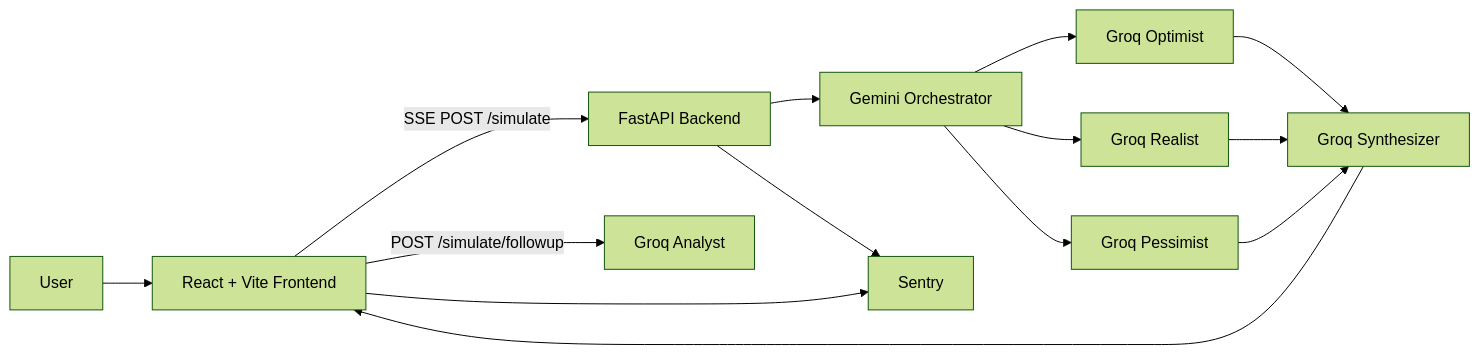
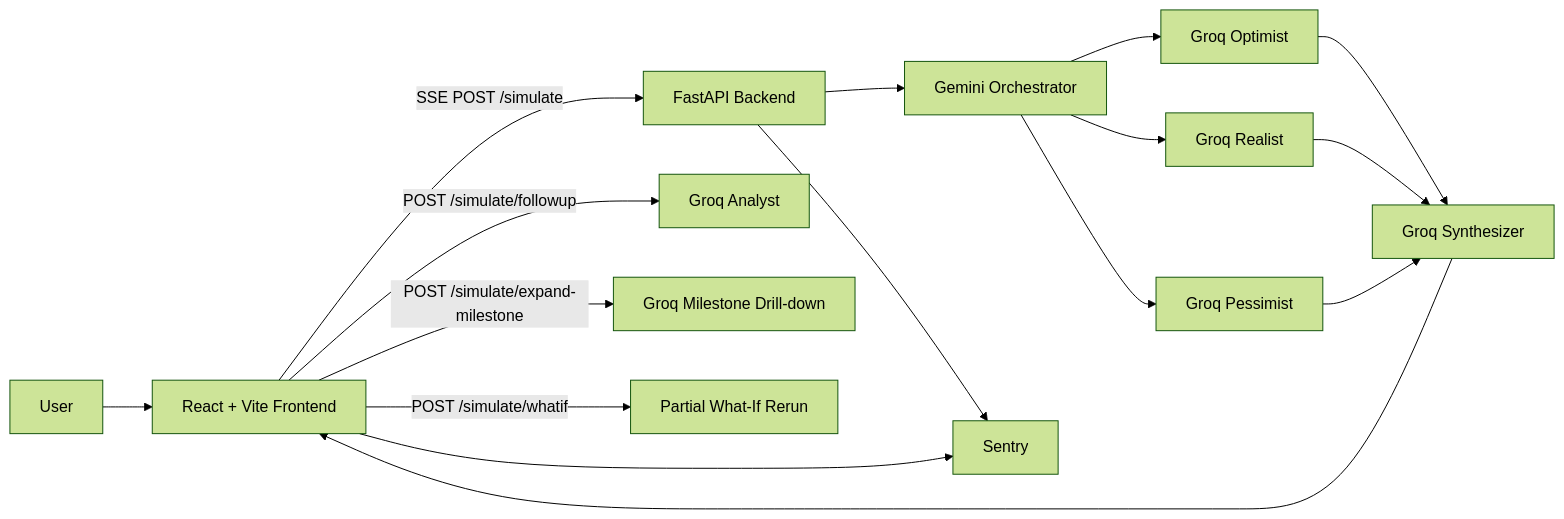
Before and after one commit to mak4x13/ForesightX: the diagram in README.md, drawn with Mermaid (forest theme). The commit also changed other lines of this file and 16 other files, not shown here.

````diff
--- a/README.md
+++ b/README.md
@@ -27,16 +27,18 @@
 ```mermaid
 flowchart LR
   U[User] --> F[React + Vite Frontend]
   F -->|SSE POST /simulate| B[FastAPI Backend]
   B --> O[Gemini Orchestrator]
   O --> P1[Groq Optimist]
   O --> P2[Groq Realist]
   O --> P3[Groq Pessimist]
   P1 --> S[Groq Synthesizer]
   P2 --> S
   P3 --> S
   S --> F
   F -->|POST /simulate/followup| A[Groq Analyst]
+  F -->|POST /simulate/expand-milestone| D[Groq Milestone Drill-down]
+  F -->|POST /simulate/whatif| W[Partial What-If Rerun]
   B --> M[Sentry]
   F --> M
 ```
````
